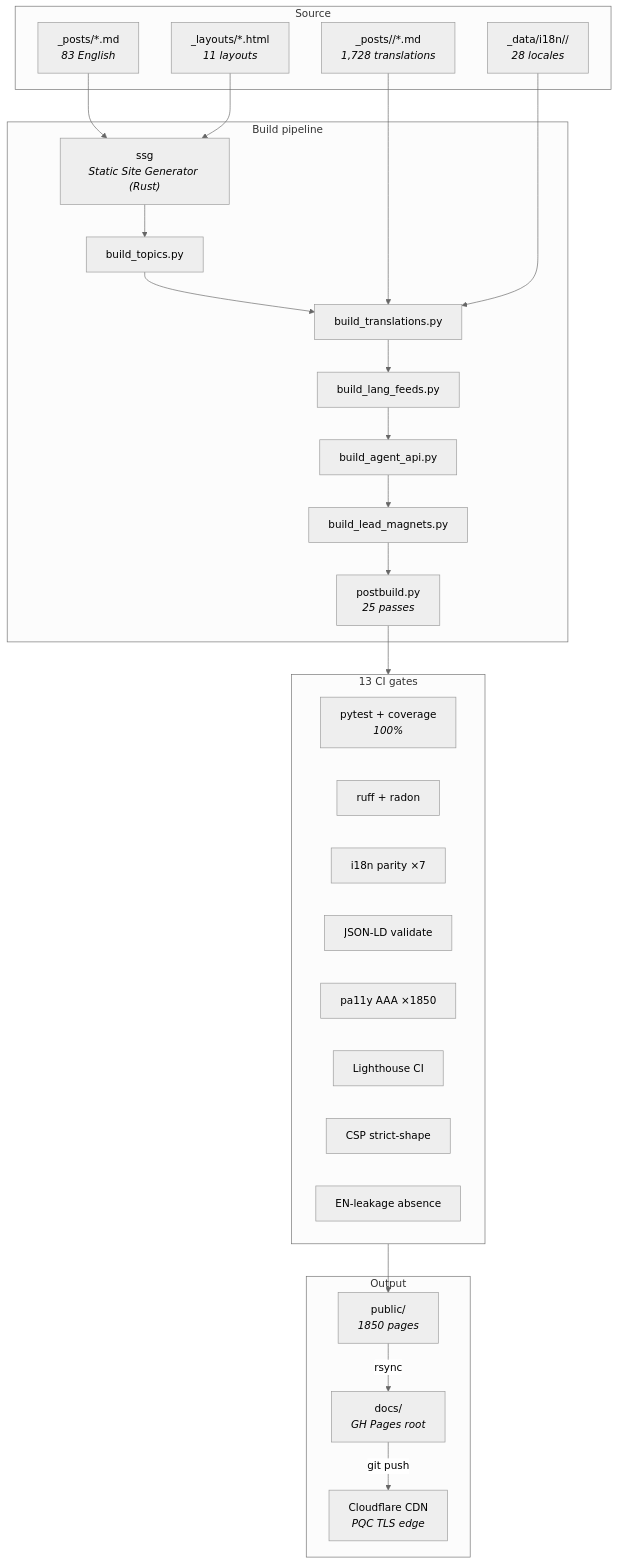
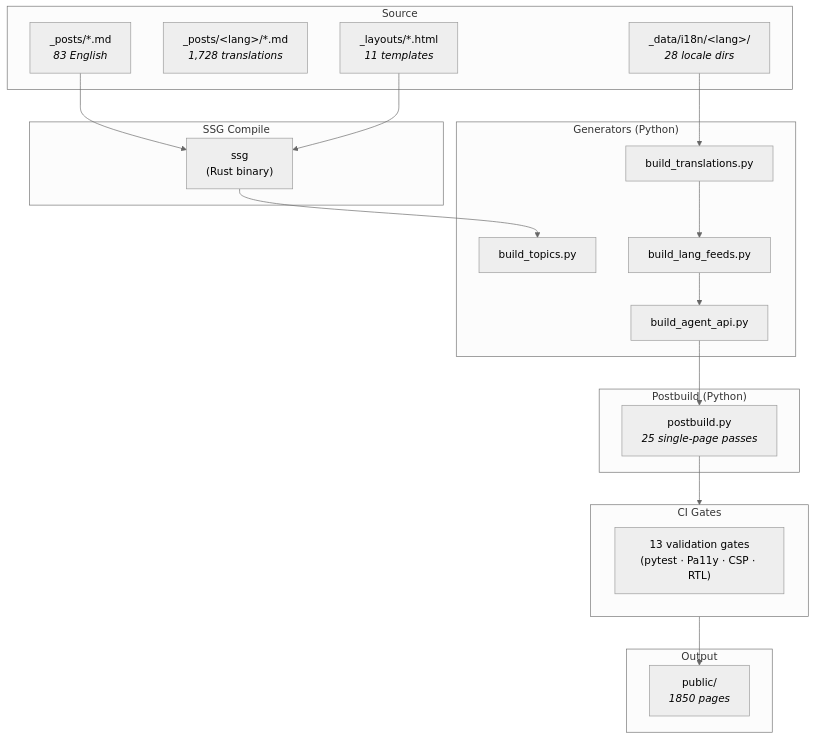
The first of 3 diagrams in README.md (sebastienrousseau/sebastienrousseau.github.io), drawn with Mermaid before and after one commit. The commit also changed other lines of this file and 3817 other files, not shown here.

````diff
--- a/README.md
+++ b/README.md
@@ -146,52 +73,43 @@
 ```mermaid
 %%{init: {'theme':'neutral'} }%%
 flowchart TB
  subgraph SRC["Source"]
  EN["_posts/*.md<br/><i>83 English</i>"]
- T["_posts/<lang>/*.md<br/><i>1,728 translations</i>"]
- L["_layouts/*.html<br/><i>11 layouts</i>"]
- D["_data/i18n/<lang>/<br/><i>28 locales</i>"]
+ T["_posts/&lt;lang&gt;/*.md<br/><i>1,728 translations</i>"]
+ L["_layouts/*.html<br/><i>11 templates</i>"]
+ D["_data/i18n/&lt;lang&gt;/<br/><i>28 locale dirs</i>"]
  end
 
- subgraph BUILD["Build pipeline"]
- SSG["ssg<br/><i>Static Site Generator (Rust)</i>"]
+ subgraph SSG["SSG Compile"]
+ COMP["ssg<br/>(Rust binary)"]
+ end
+
+ subgraph GEN["Generators (Python)"]
  BT["build_topics.py"]
  BR["build_translations.py"]
  BF["build_lang_feeds.py"]
  BA["build_agent_api.py"]
- BL["build_lead_magnets.py"]
- PB["postbuild.py<br/><i>25 passes</i>"]
  end
 
- subgraph GATES["13 CI gates"]
- G1["pytest + coverage<br/><i>100%</i>"]
- G2["ruff + radon"]
- G3["i18n parity ×7"]
- G4["JSON-LD validate"]
- G5["pa11y AAA ×1850"]
- G6["Lighthouse CI"]
- G7["CSP strict-shape"]
- G8["EN-leakage absence"]
+ subgraph POST["Postbuild (Python)"]
+ PB["postbuild.py<br/><i>25 single-page passes</i>"]
+ end
+
+ subgraph CI["CI Gates"]
+ G["13 validation gates<br/>(pytest · Pa11y · CSP · RTL)"]
  end
 
  subgraph OUT["Output"]
  P["public/<br/><i>1850 pages</i>"]
- DC["docs/<br/><i>GH Pages root</i>"]
- CF["Cloudflare CDN<br/><i>PQC TLS edge</i>"]
  end
 
- EN --> SSG
- L --> SSG
- SSG --> BT
- BT --> BR
- T --> BR
+ EN --> COMP
+ L --> COMP
+ COMP --> BT
  D --> BR
  BR --> BF
  BF --> BA
- BA --> BL
- BL --> PB
- PB --> GATES
- GATES --> P
- P -->|rsync| DC
- DC -->|git push| CF
+ BA --> PB
+ PB --> CI
+ CI --> P
 ```
````
